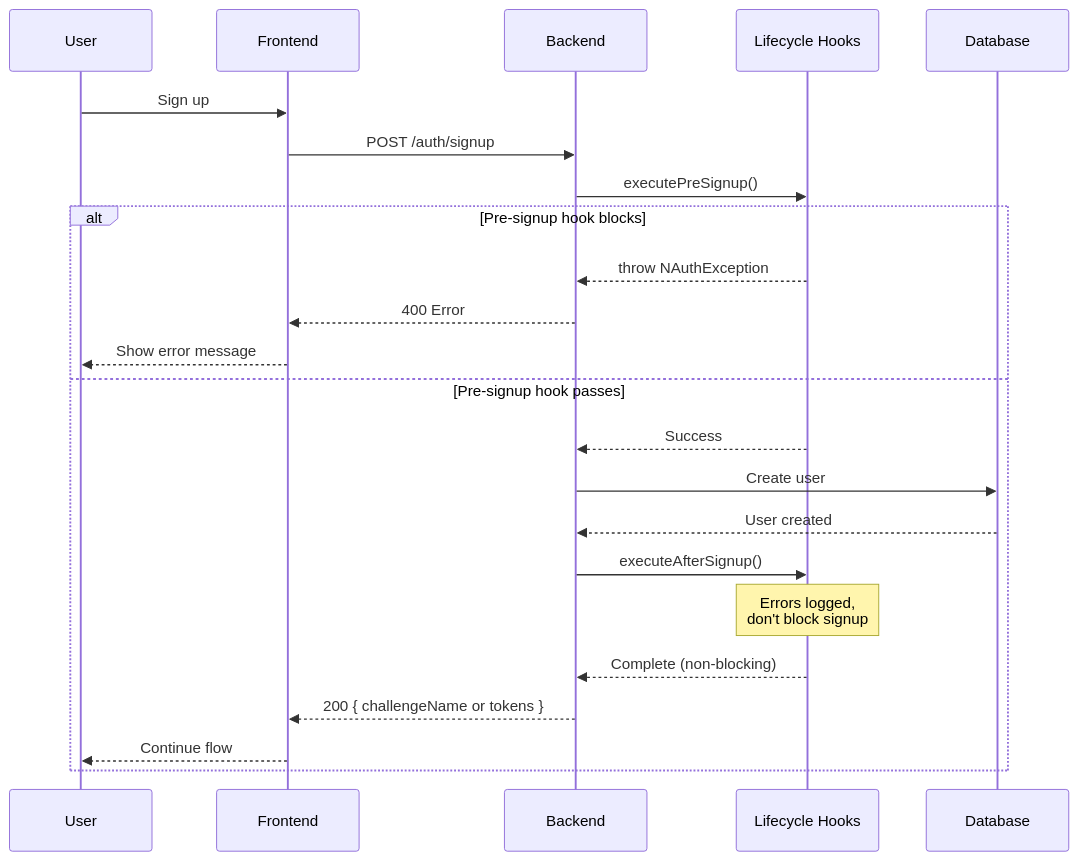
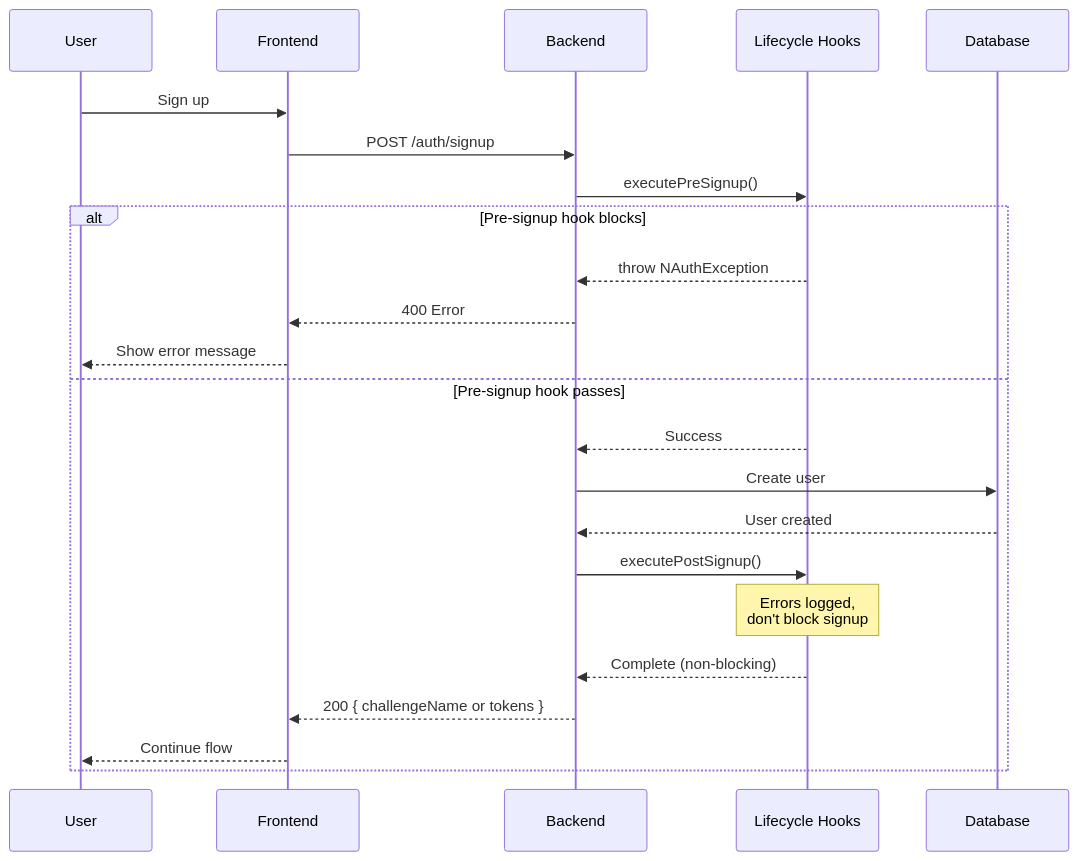
The diagram in nauth-docs/docs/features/lifecycle-hooks.md (noorixorg/nauth-toolkit), drawn with Mermaid before and after one commit. The commit also changed other lines of this file and 40 other files, not shown here.

Commit message:
feat: add user profile updated hooks and enhance signup metadata with social profile details

````diff
--- a/nauth-docs/docs/features/lifecycle-hooks.md
+++ b/nauth-docs/docs/features/lifecycle-hooks.md
@@ -28,27 +28,27 @@
 ```mermaid
 sequenceDiagram
     participant User
     participant Frontend
     participant Backend
     participant Hooks as Lifecycle Hooks
     participant DB as Database
 
     User->>Frontend: Sign up
     Frontend->>Backend: POST /auth/signup
     Backend->>Hooks: executePreSignup()
 
     alt Pre-signup hook blocks
         Hooks-->>Backend: throw NAuthException
         Backend-->>Frontend: 400 Error
         Frontend-->>User: Show error message
     else Pre-signup hook passes
         Hooks-->>Backend: Success
         Backend->>DB: Create user
         DB-->>Backend: User created
-        Backend->>Hooks: executeAfterSignup()
+        Backend->>Hooks: executePostSignup()
         Note over Hooks: Errors logged,<br/>don't block signup
         Hooks-->>Backend: Complete (non-blocking)
         Backend-->>Frontend: 200 { challengeName or tokens }
         Frontend-->>User: Continue flow
     end
 ```
````
